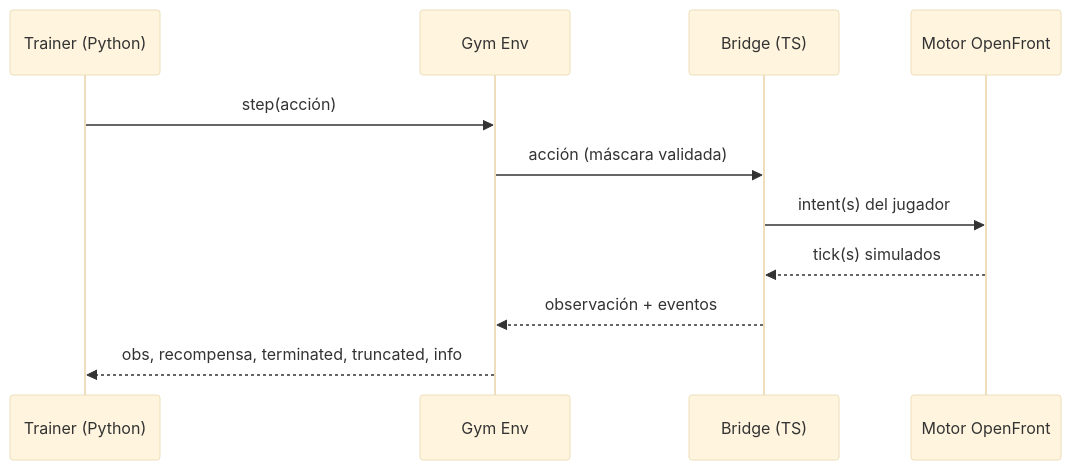
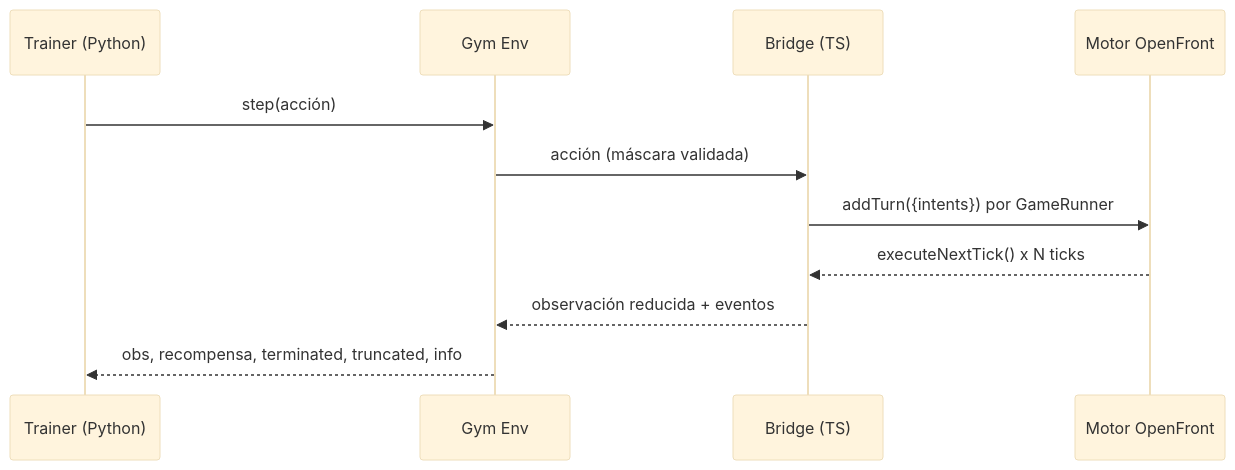
The second of 3 diagrams in docs/architecture.md (lautaro-geli/openfront-rl), drawn with Mermaid (base theme) before and after one commit. The commit also changed other lines of this file and 6 other files, not shown here.

````diff
--- a/docs/architecture.md
+++ b/docs/architecture.md
@@ -22,13 +24,13 @@
 ```mermaid
 sequenceDiagram
   participant T as Trainer (Python)
   participant G as Gym Env
   participant B as Bridge (TS)
   participant E as Motor OpenFront
   T->>G: step(acción)
   G->>B: acción (máscara validada)
-  B->>E: intent(s) del jugador
-  E-->>B: tick(s) simulados
-  B-->>G: observación + eventos
+  B->>E: addTurn({intents}) por GameRunner
+  E-->>B: executeNextTick() x N ticks
+  B-->>G: observación reducida + eventos
   G-->>T: obs, recompensa, terminated, truncated, info
 ```
````
